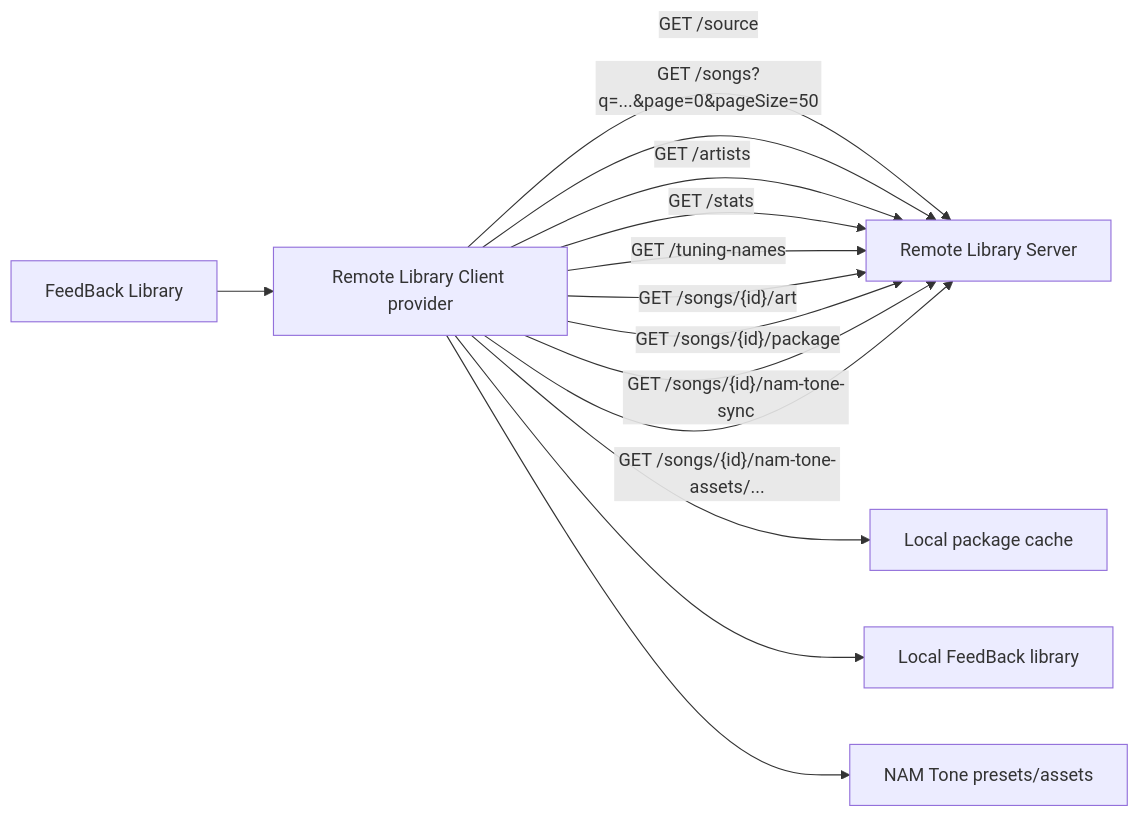
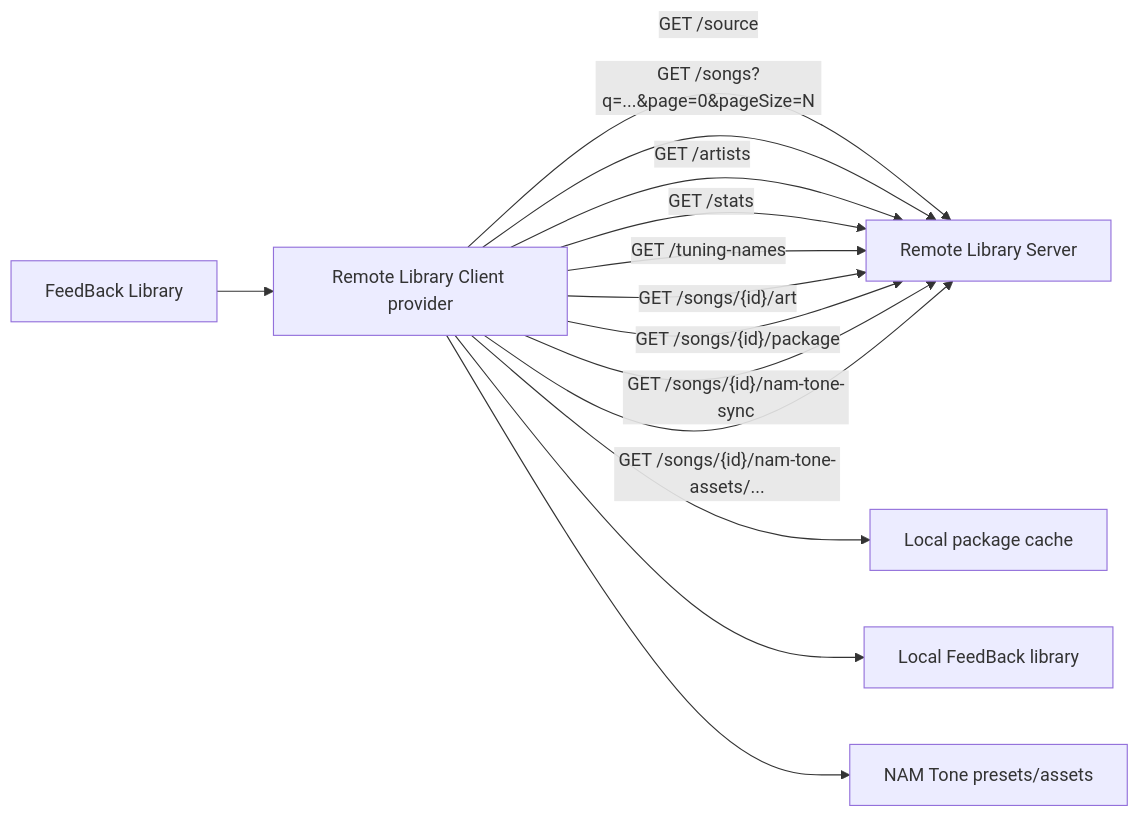
One commit to Taynavv/feedback-remote-library-client changed the diagram in README.md. Above: the diagram before and after it, drawn with Mermaid. The commit also changed other lines of this file and 14 other files, not shown here.

````diff
--- a/README.md
+++ b/README.md
@@ -11,16 +11,16 @@
 ```mermaid
 flowchart LR
   UI[FeedBack Library] --> Provider[Remote Library Client provider]
   Provider -->|"GET /source"| Server[Remote Library Server]
-  Provider -->|"GET /songs?q=...&page=0&pageSize=50"| Server
+  Provider -->|"GET /songs?q=...&page=0&pageSize=N"| Server
   Provider -->|"GET /artists"| Server
   Provider -->|"GET /stats"| Server
   Provider -->|"GET /tuning-names"| Server
   Provider -->|"GET /songs/{id}/art"| Server
   Provider -->|"GET /songs/{id}/package"| Server
   Provider -->|"GET /songs/{id}/nam-tone-sync"| Server
   Provider -->|"GET /songs/{id}/nam-tone-assets/..."| Server
   Provider --> Cache[Local package cache]
   Provider --> Library[Local FeedBack library]
   Provider --> NAM[NAM Tone presets/assets]
 ```
````
